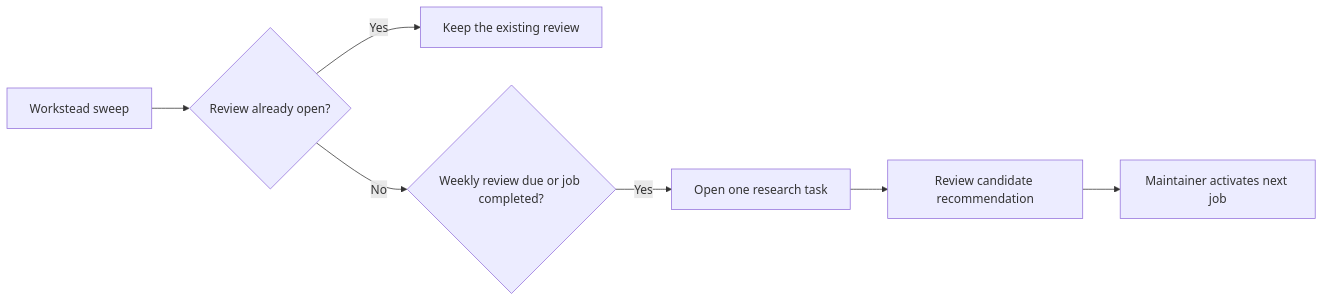
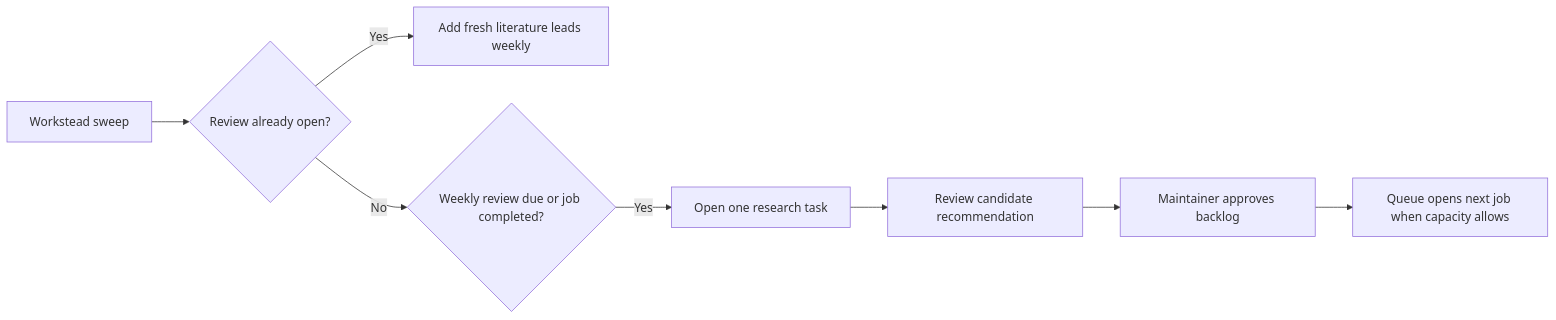
One commit to tomoliveri/remedy-atlas changed the diagram in docs/technical-overview.md. Above: the diagram before and after it, drawn with Mermaid. The commit also changed other lines of this file and 19 other files, not shown here.

````diff
--- a/docs/technical-overview.md
+++ b/docs/technical-overview.md
@@ -39,9 +39,10 @@
 ```mermaid
 flowchart LR
   A[Workstead sweep] --> B{Review already open?}
-  B -->|Yes| C[Keep the existing review]
+  B -->|Yes| C[Add fresh literature leads weekly]
   B -->|No| D{Weekly review due or job completed?}
   D -->|Yes| E[Open one research task]
   E --> F[Review candidate recommendation]
-  F --> G[Maintainer activates next job]
+  F --> G[Maintainer approves backlog]
+  G --> H[Queue opens next job when capacity allows]
 ```
````
